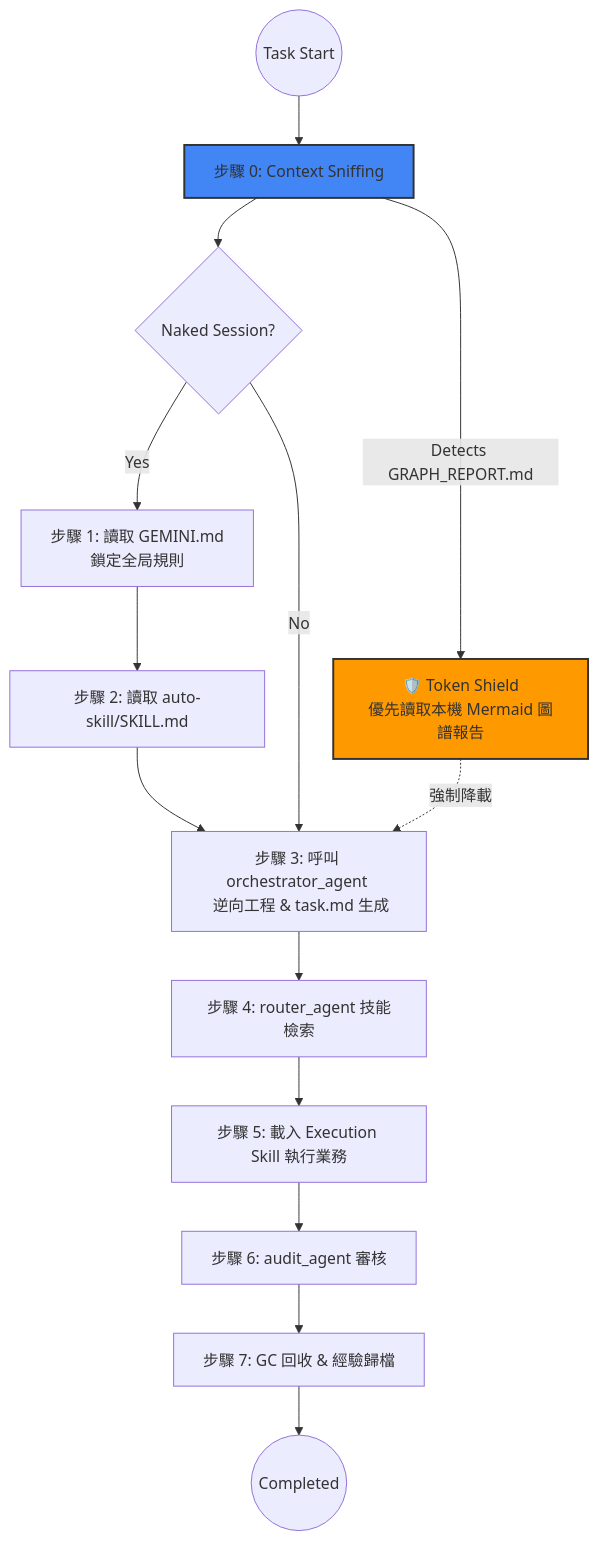
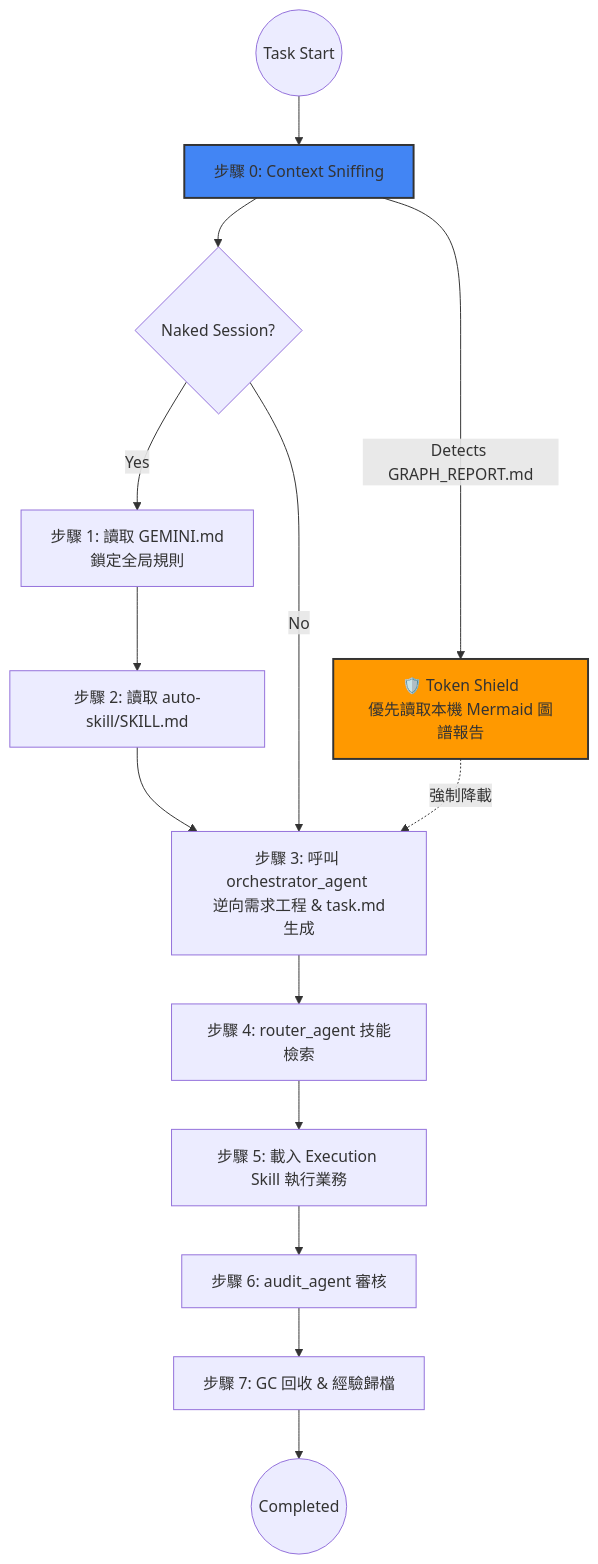
Before and after one commit to gumchee95/mose-framework: the diagram in README.md, drawn with Mermaid. The commit also changed other lines of this file and 43 other files, not shown here.

````diff
--- a/README.md
+++ b/README.md
@@ -38,22 +38,22 @@
 ```mermaid
 graph TD
     Start((Task Start)) --> Sniff[步驟 0: Context Sniffing]
     Sniff --> Check{Naked Session?}
     Check -- Yes --> S1[步驟 1: 讀取 GEMINI.md<br>鎖定全局規則]
     S1 --> S2[步驟 2: 讀取 auto-skill/SKILL.md]
     S2 --> S3
-    Check -- No --> S3[步驟 3: 呼叫 orchestrator_agent <br/> 逆向工程 & task.md 生成]
+    Check -- No --> S3[步驟 3: 呼叫 orchestrator_agent <br/> 逆向需求工程 & task.md 生成]
     
     %% Token Shield Injection
     Sniff --> |Detects GRAPH_REPORT.md| Shield[🛡️ Token Shield<br/>優先讀取本機 Mermaid 圖譜報告]
     Shield -. 強制降載 .-> S3
 
     S3 --> S4[步驟 4: router_agent 技能檢索]
     S4 --> S5[步驟 5: 載入 Execution Skill 執行業務]
     S5 --> S6[步驟 6: audit_agent 審核]
     S6 --> S7[步驟 7: GC 回收 & 經驗歸檔]
     S7 --> End((Completed))
 
     style Shield fill:#ff9900,stroke:#333,stroke-width:2px;
     style Sniff fill:#4285f4,stroke:#333,stroke-width:2px;
 ```
````
